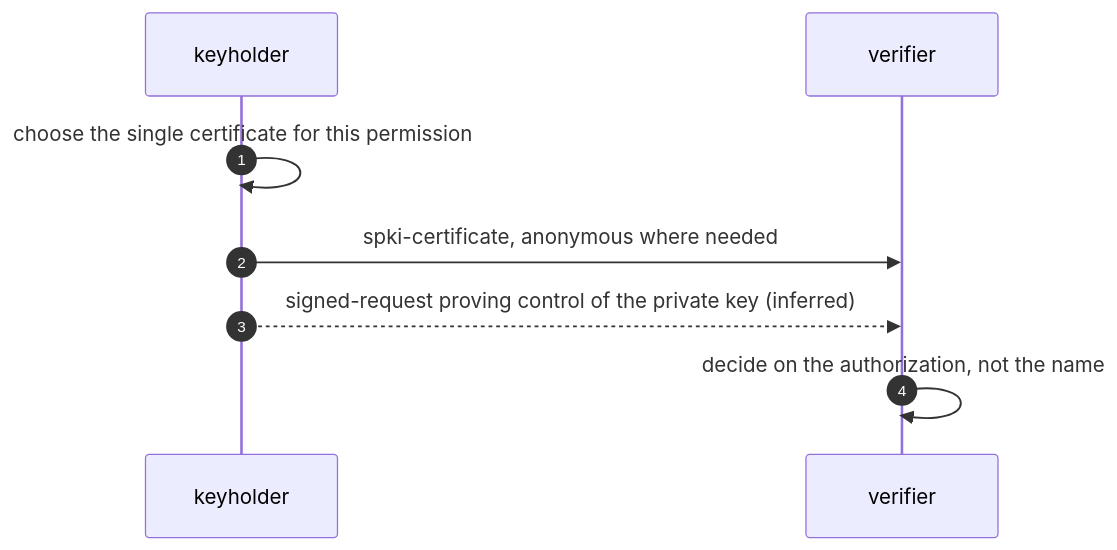
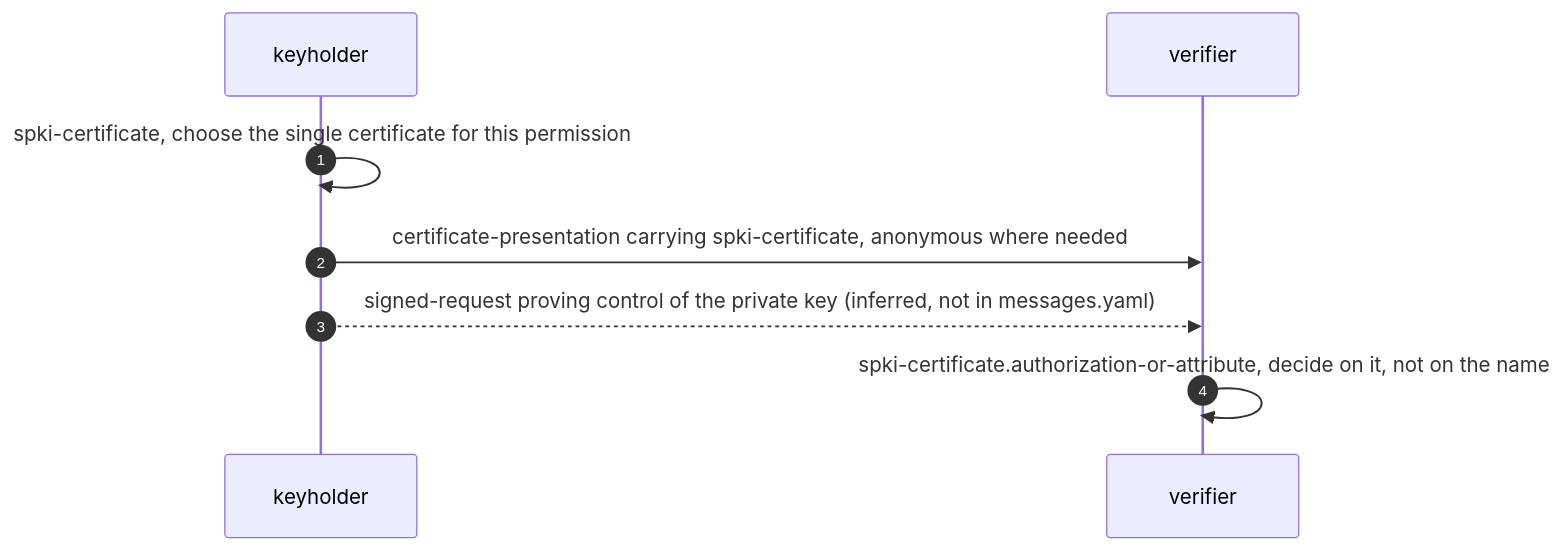
Before and after one commit to m-of-n/library: diagram 14 of 26 in records/ietf/rfc-2692/distilled/protocol.md, drawn with Mermaid. The commit also changed other lines of this file and 9 other files, not shown here.

````diff
--- a/records/ietf/rfc-2692/distilled/protocol.md
+++ b/records/ietf/rfc-2692/distilled/protocol.md
@@ -437,10 +449,10 @@
 ```mermaid
 sequenceDiagram
   autonumber
   participant K as keyholder
   participant V as verifier
-  K->>K: choose the single certificate for this permission
-  K->>V: spki-certificate, anonymous where needed
-  K-->>V: signed-request proving control of the private key (inferred)
-  V->>V: decide on the authorization, not the name
+  K->>K: spki-certificate, choose the single certificate for this permission
+  K->>V: certificate-presentation carrying spki-certificate, anonymous where needed
+  K-->>V: signed-request proving control of the private key (inferred, not in messages.yaml)
+  V->>V: spki-certificate.authorization-or-attribute, decide on it, not on the name
 ```
````
